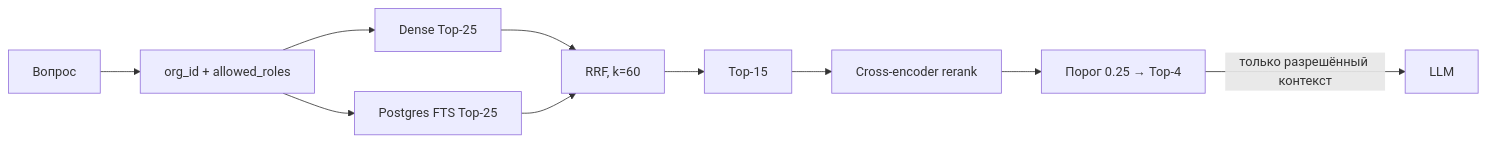
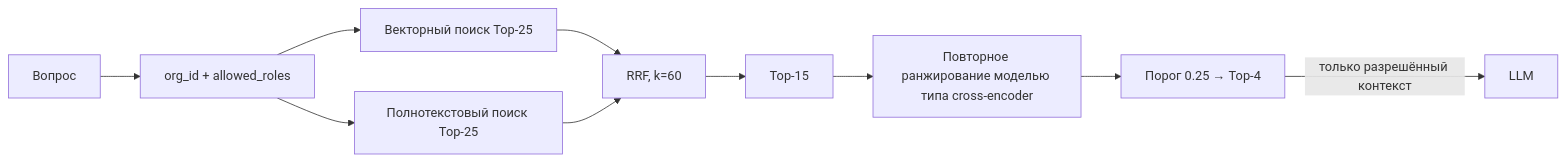
The first of 2 diagrams in docs/pipeline/retrieval.md (vladweat/docwise), drawn with Mermaid before and after one commit. The commit also changed other lines of this file and 51 other files, not shown here.

````diff
--- a/docs/pipeline/retrieval.md
+++ b/docs/pipeline/retrieval.md
@@ -8,12 +8,12 @@
 ```mermaid
 flowchart LR
   Q[Вопрос] --> Scope[org_id + allowed_roles]
-  Scope --> Dense[Dense Top-25]
-  Scope --> FTS[Postgres FTS Top-25]
-  Dense --> RRF[RRF, k=60]
-  FTS --> RRF
+  Scope --> VectorSearch[Векторный поиск Top-25]
+  Scope --> FullTextSearch[Полнотекстовый поиск Top-25]
+  VectorSearch --> RRF[RRF, k=60]
+  FullTextSearch --> RRF
   RRF --> Pool[Top-15]
-  Pool --> Rank[Cross-encoder rerank]
+  Pool --> Rank[Повторное ранжирование моделью типа cross-encoder]
   Rank --> Cut[Порог 0.25 → Top-4]
   Cut -->|только разрешённый контекст| LLM[LLM]
 ```
````
